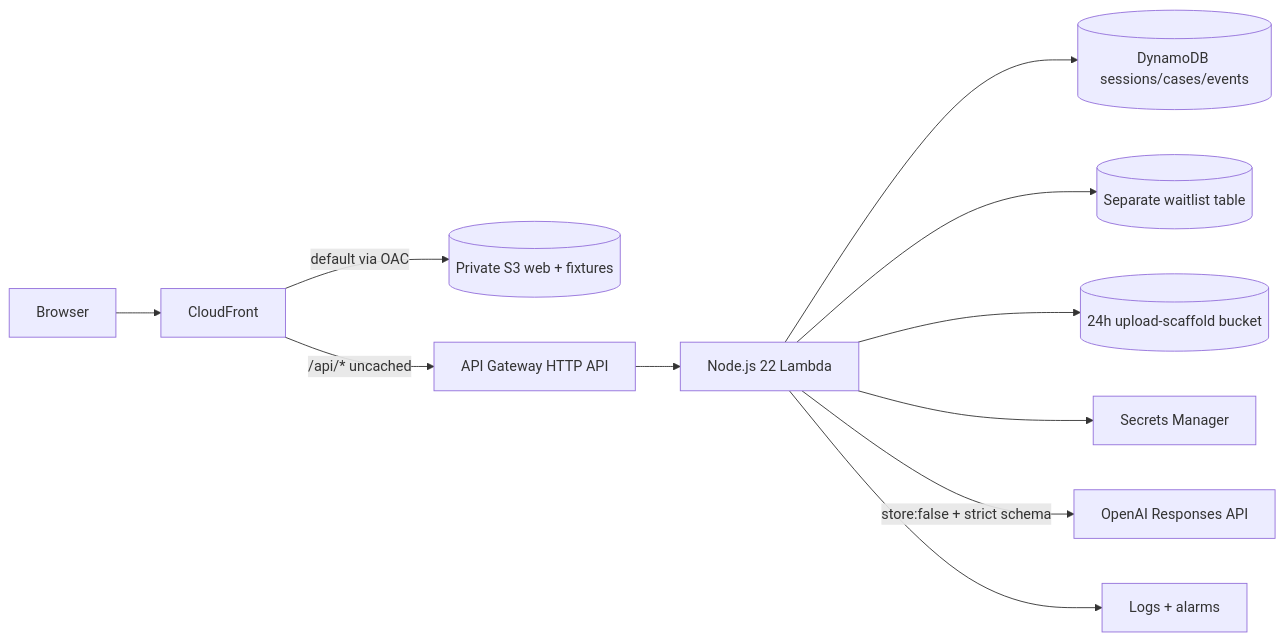
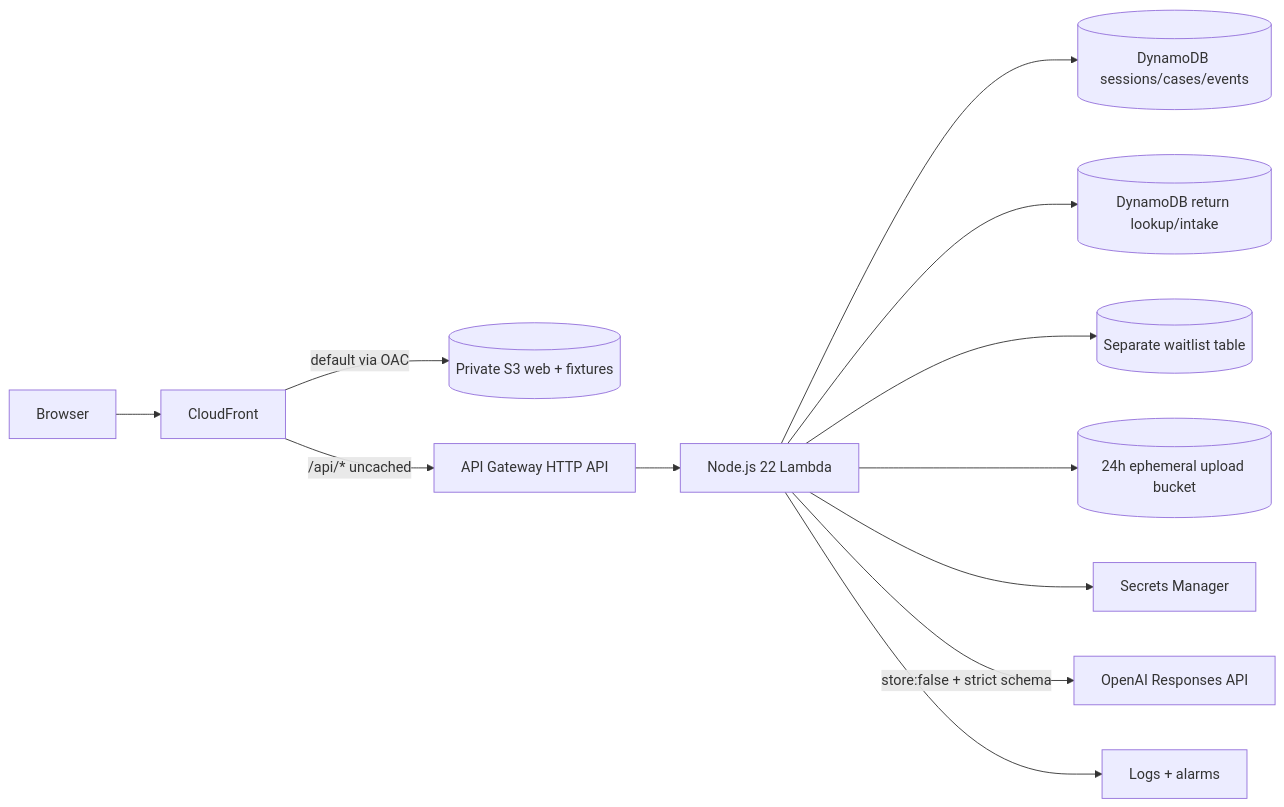
One commit to grandcanyonsmith/redo-return-integrity changed the diagram in README.md. Above: the diagram before and after it, drawn with Mermaid. The commit also changed other lines of this file and 69 other files, not shown here.

Commit message:
Add OpenAI return intake and MCP workflow

````diff
--- a/README.md
+++ b/README.md
@@ -85,13 +96,14 @@
 ```mermaid
 flowchart LR
   Browser --> CloudFront
   CloudFront -->|default via OAC| PrivateS3[(Private S3 web + fixtures)]
   CloudFront -->|/api/* uncached| APIGW[API Gateway HTTP API]
   APIGW --> Lambda[Node.js 22 Lambda]
   Lambda --> Cases[(DynamoDB sessions/cases/events)]
+  Lambda --> Returns[(DynamoDB return lookup/intake)]
   Lambda --> Waitlist[(Separate waitlist table)]
-  Lambda --> Uploads[(24h upload-scaffold bucket)]
+  Lambda --> Uploads[(24h ephemeral upload bucket)]
   Lambda --> Secrets[Secrets Manager]
   Lambda -->|store:false + strict schema| OpenAI[OpenAI Responses API]
   Lambda --> CloudWatch[Logs + alarms]
 ```
````
